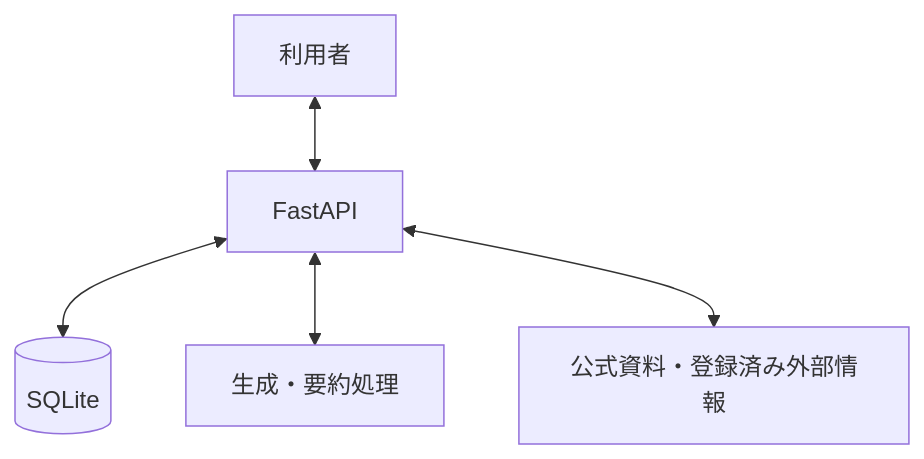
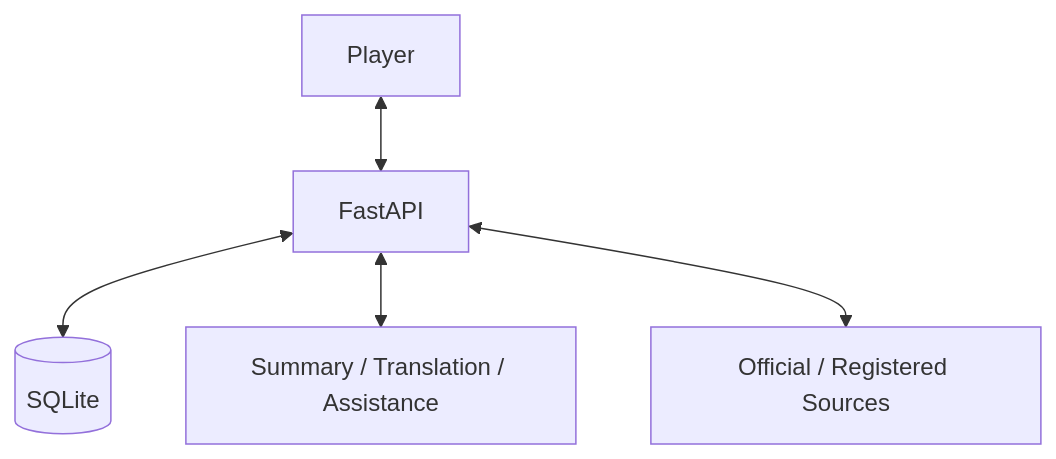
One commit to KAFKA2306/bodogenomikata2 changed the diagram in README.md. Above: the diagram before and after it, drawn with Mermaid. The commit also changed other lines of this file, not shown here.

Commit message:
docs: reframe README around evidence-backed board game assistance

````diff
--- a/README.md
+++ b/README.md
@@ -126,7 +182,7 @@
 ```mermaid
 graph TD
-    User[利用者] <--> API[FastAPI]
+    User[Player] <--> API[FastAPI]
     API <--> DB[(SQLite)]
-    API <--> AI[生成・要約処理]
-    API <--> Sources[公式資料・登録済み外部情報]
+    API <--> AI[Summary / Translation / Assistance]
+    API <--> Sources[Official / Registered Sources]
 ```
````
